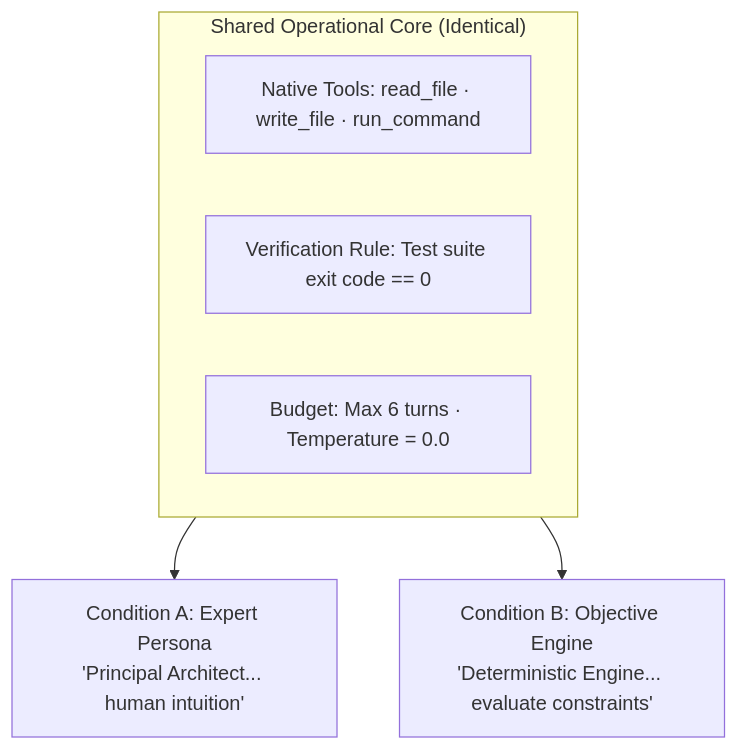
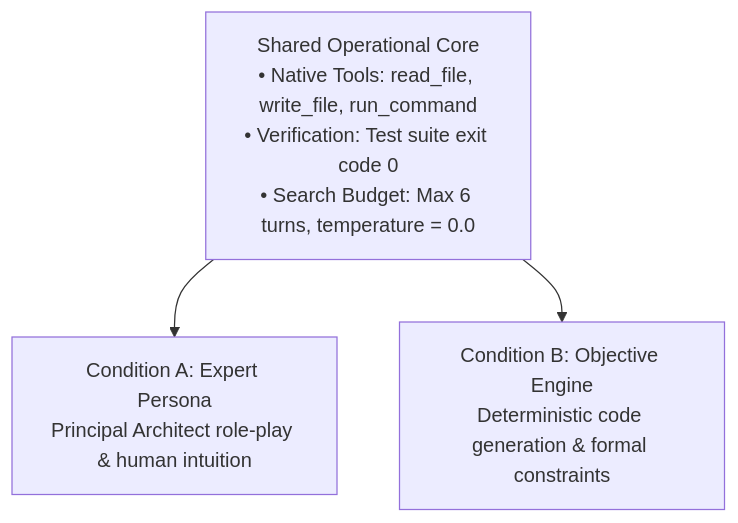
The diagram in drafts/draft-better-agents-by-removing-personas-and-role-play.md (borkert/borkert.dev), drawn with Mermaid before and after one commit. The commit also changed 1 other file, not shown here.

Commit message:
Fix Mermaid diagram node definitions and syntax

````diff
--- a/drafts/draft-better-agents-by-removing-personas-and-role-play.md
+++ b/drafts/draft-better-agents-by-removing-personas-and-role-play.md
@@ -24,10 +24,6 @@
 ```mermaid
 flowchart TD
-    subgraph Core["Shared Operational Core (Identical)"]
-        Tools["Native Tools: read_file · write_file · run_command"]
-        Rule["Verification Rule: Test suite exit code == 0"]
-        Budget["Budget: Max 6 turns · Temperature = 0.0"]
-    end
-    Core --> A["Condition A: Expert Persona<br/>'Principal Architect... human intuition'"]
-    Core --> B["Condition B: Objective Engine<br/>'Deterministic Engine... evaluate constraints'"]
+    Core["Shared Operational Core<br>• Native Tools: read_file, write_file, run_command<br>• Verification: Test suite exit code 0<br>• Search Budget: Max 6 turns, temperature = 0.0"]
+    Core --> A["Condition A: Expert Persona<br>Principal Architect role-play & human intuition"]
+    Core --> B["Condition B: Objective Engine<br>Deterministic code generation & formal constraints"]
 ```
````
